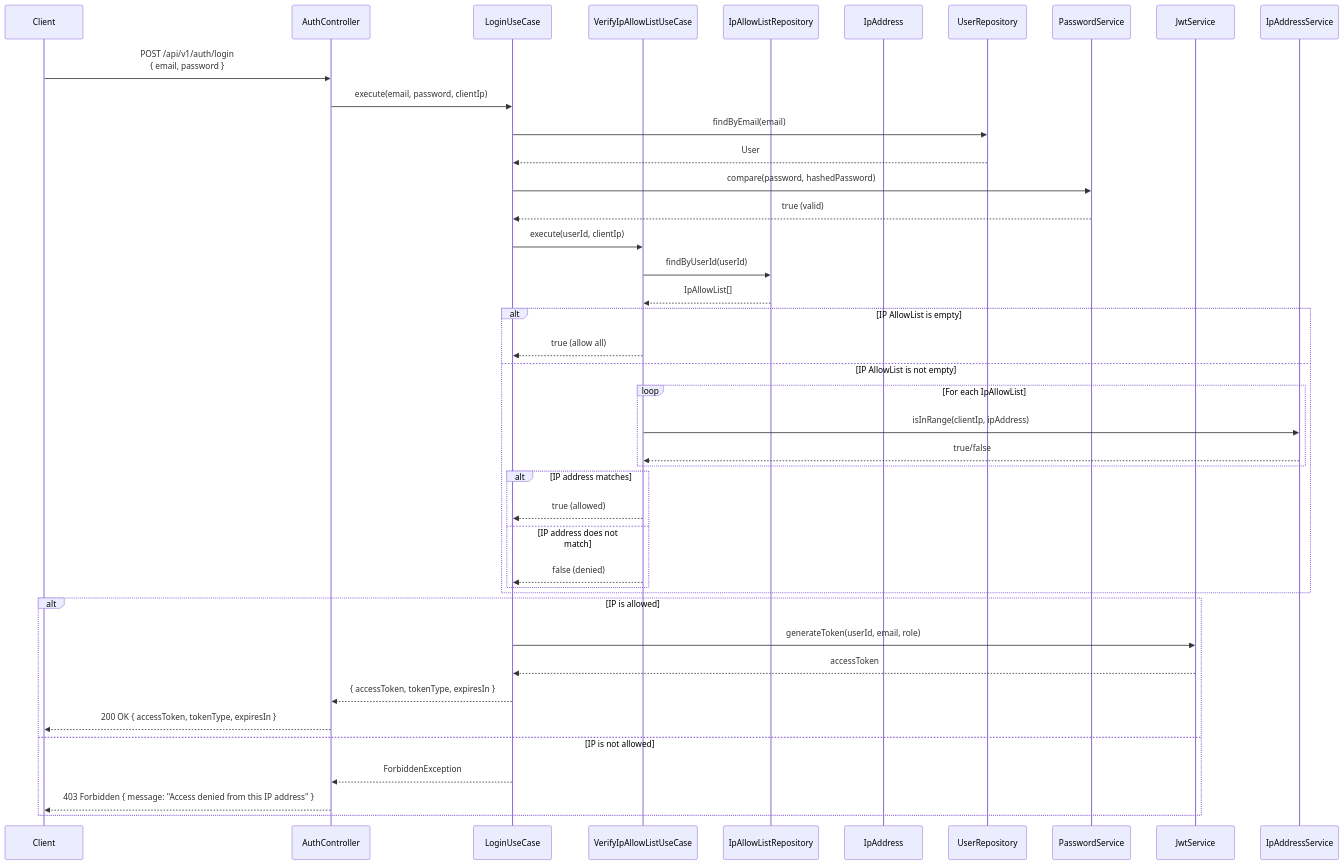
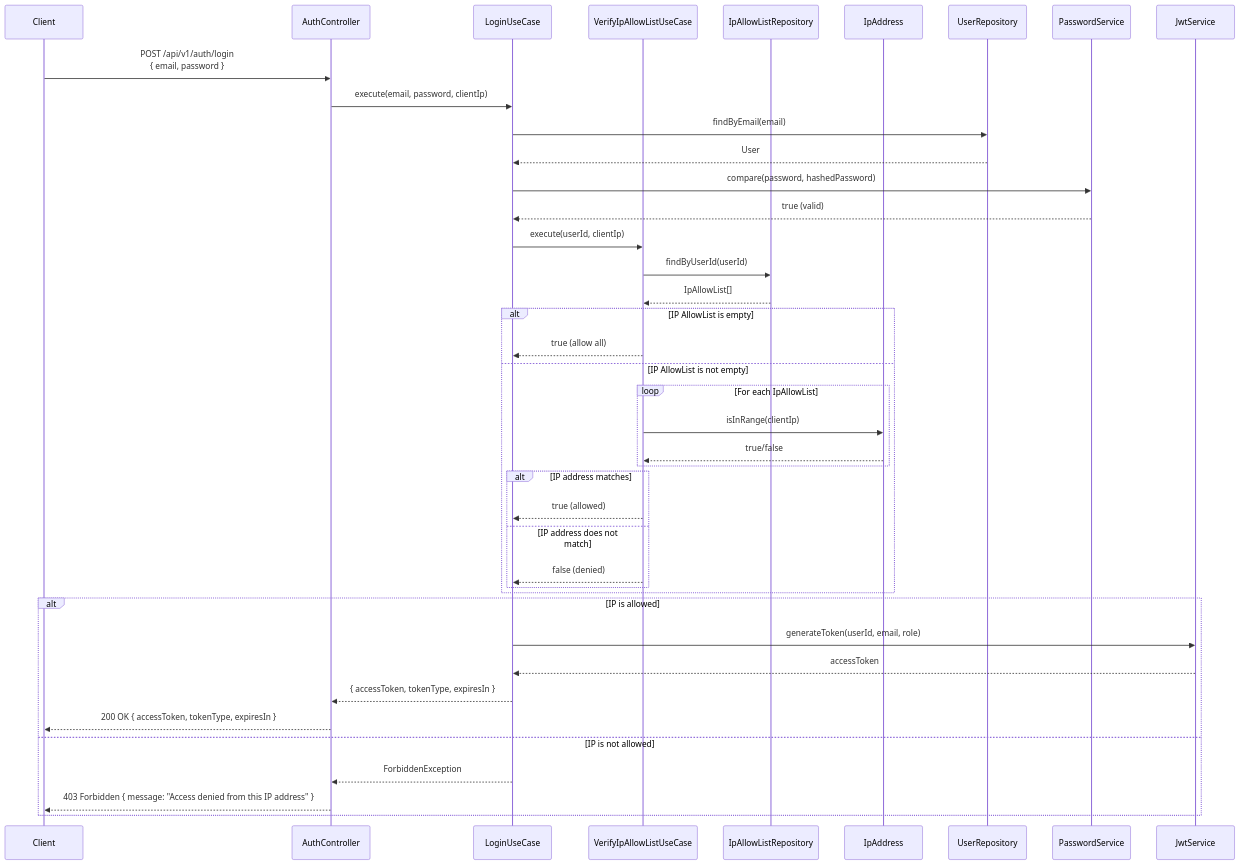
One commit to kencom2400/MrWebDefence-Console changed the fourth of 4 diagrams in docs/detailed-design/MWD-31_ip-allowlist-implementation/sequence-diagrams.md. Above: the diagram before and after it, drawn with Mermaid. The commit also changed other lines of this file and 1 other file, not shown here.

First line of the commit message:
docs: IP AllowList設計の修正 - Geminiレビュー指摘事項に対応（続き）

````diff
--- a/docs/detailed-design/MWD-31_ip-allowlist-implementation/sequence-diagrams.md
+++ b/docs/detailed-design/MWD-31_ip-allowlist-implementation/sequence-diagrams.md
@@ -80,51 +79,51 @@
 ```mermaid
 sequenceDiagram
     participant Client
     participant AuthController
     participant LoginUseCase
     participant VerifyIpAllowListUseCase
     participant IpAllowListRepository
     participant IpAddress
     participant UserRepository
     participant PasswordService
     participant JwtService
 
     Client->>AuthController: POST /api/v1/auth/login<br/>{ email, password }
     AuthController->>LoginUseCase: execute(email, password, clientIp)
     
     LoginUseCase->>UserRepository: findByEmail(email)
     UserRepository-->>LoginUseCase: User
     
     LoginUseCase->>PasswordService: compare(password, hashedPassword)
     PasswordService-->>LoginUseCase: true (valid)
     
     LoginUseCase->>VerifyIpAllowListUseCase: execute(userId, clientIp)
     
     VerifyIpAllowListUseCase->>IpAllowListRepository: findByUserId(userId)
     IpAllowListRepository-->>VerifyIpAllowListUseCase: IpAllowList[]
     
     alt IP AllowList is empty
         VerifyIpAllowListUseCase-->>LoginUseCase: true (allow all)
     else IP AllowList is not empty
         loop For each IpAllowList
-            VerifyIpAllowListUseCase->>IpAddressService: isInRange(clientIp, ipAddress)
-            IpAddressService-->>VerifyIpAllowListUseCase: true/false
+            VerifyIpAllowListUseCase->>IpAddress: isInRange(clientIp)
+            IpAddress-->>VerifyIpAllowListUseCase: true/false
         end
         
         alt IP address matches
             VerifyIpAllowListUseCase-->>LoginUseCase: true (allowed)
         else IP address does not match
             VerifyIpAllowListUseCase-->>LoginUseCase: false (denied)
         end
     end
     
     alt IP is allowed
         LoginUseCase->>JwtService: generateToken(userId, email, role)
         JwtService-->>LoginUseCase: accessToken
         LoginUseCase-->>AuthController: { accessToken, tokenType, expiresIn }
         AuthController-->>Client: 200 OK { accessToken, tokenType, expiresIn }
     else IP is not allowed
         LoginUseCase-->>AuthController: ForbiddenException
         AuthController-->>Client: 403 Forbidden { message: "Access denied from this IP address" }
     end
 ```
````
